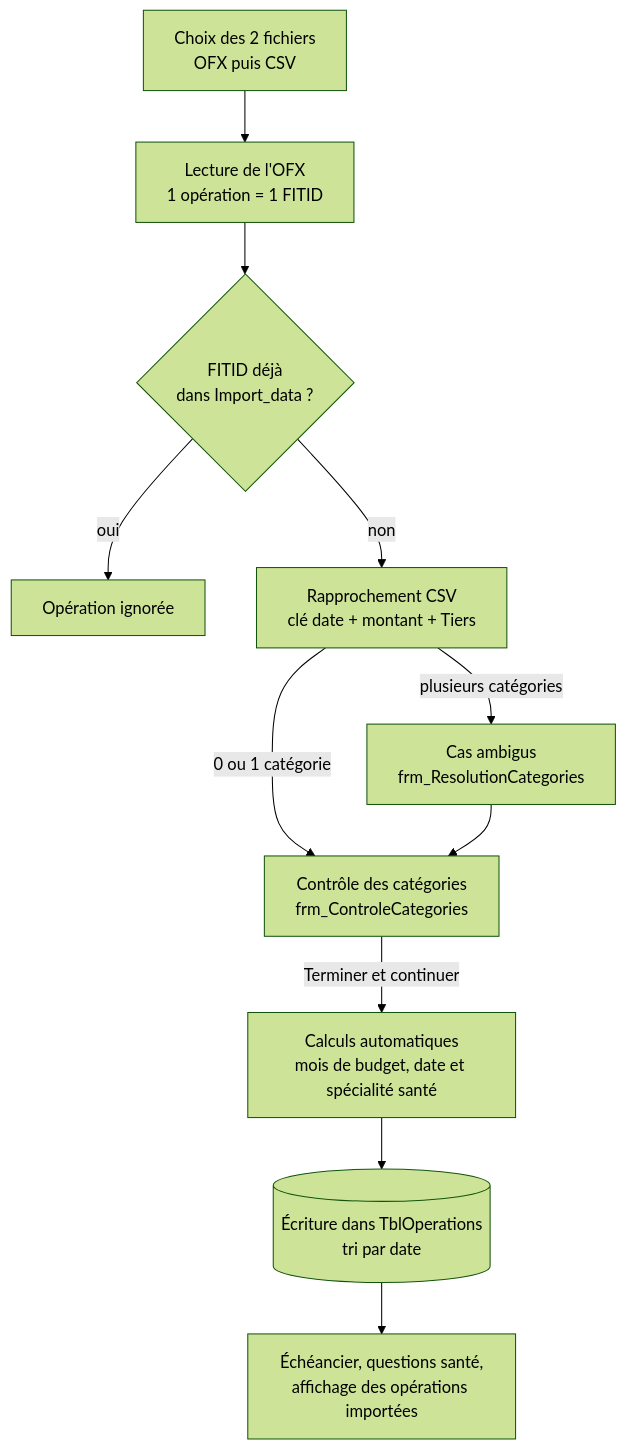
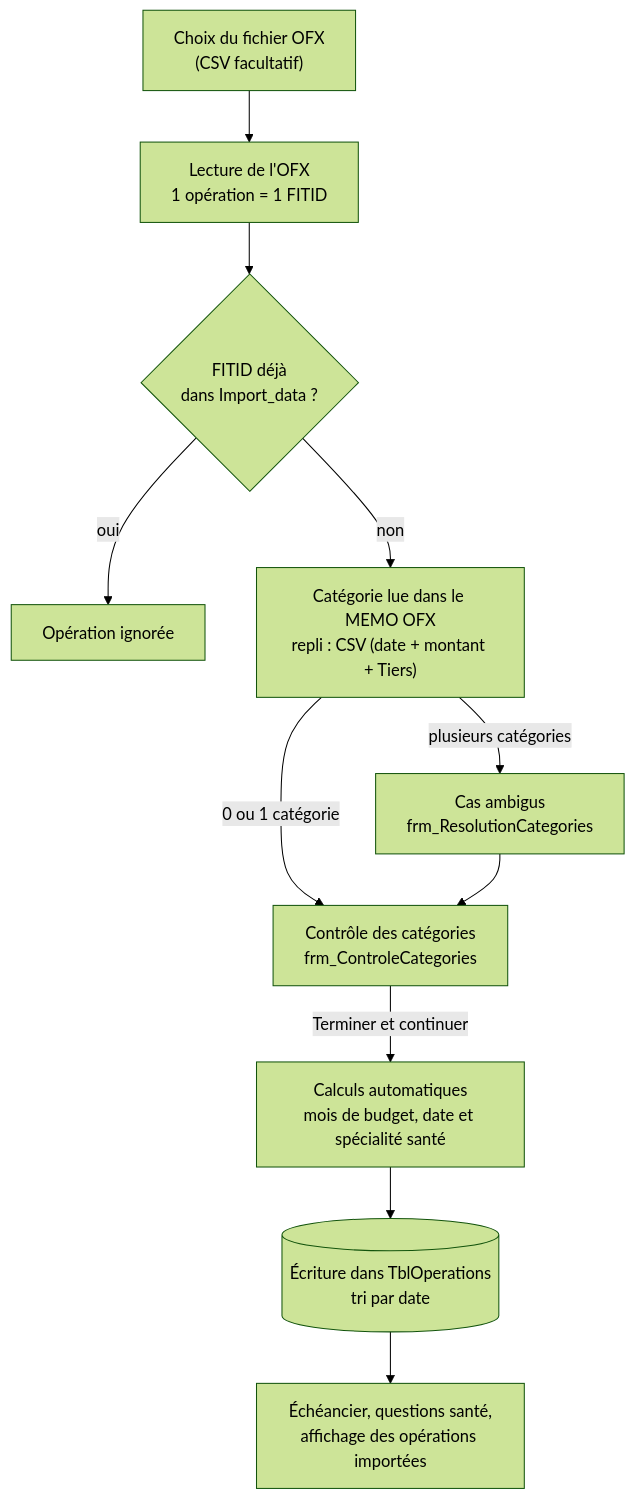
Before and after one commit to alexblav/Suivi_Financier: the second of 9 diagrams in README.md, drawn with Mermaid (forest theme). The commit also changed other lines of this file and 5 other files, not shown here.

````diff
--- a/README.md
+++ b/README.md
@@ -104,21 +104,21 @@
 ```mermaid
 flowchart TB
-    FICHIERS["Choix des 2 fichiers<br/>OFX puis CSV"]
+    FICHIERS["Choix du fichier OFX<br/>(CSV facultatif)"]
     LECTURE["Lecture de l'OFX<br/>1 opération = 1 FITID"]
     DOUBLON{"FITID déjà<br/>dans Import_data ?"}
     IGNORE["Opération ignorée"]
-    RAPPROCHE["Rapprochement CSV<br/>clé date + montant + Tiers"]
+    RAPPROCHE["Catégorie lue dans le MEMO OFX<br/>repli : CSV (date + montant + Tiers)"]
     AMBIGU["Cas ambigus<br/>frm_ResolutionCategories"]
     CONTROLE["Contrôle des catégories<br/>frm_ControleCategories"]
     CALCULS["Calculs automatiques<br/>mois de budget, date et spécialité santé"]
     ECRITURE[("Écriture dans TblOperations<br/>tri par date")]
     SUITE["Échéancier, questions santé,<br/>affichage des opérations importées"]
     FICHIERS --> LECTURE --> DOUBLON
     DOUBLON -->|"oui"| IGNORE
     DOUBLON -->|"non"| RAPPROCHE
     RAPPROCHE -->|"plusieurs catégories"| AMBIGU
     RAPPROCHE -->|"0 ou 1 catégorie"| CONTROLE
     AMBIGU --> CONTROLE
     CONTROLE -->|"Terminer et continuer"| CALCULS
     CALCULS --> ECRITURE --> SUITE
 ```
````
